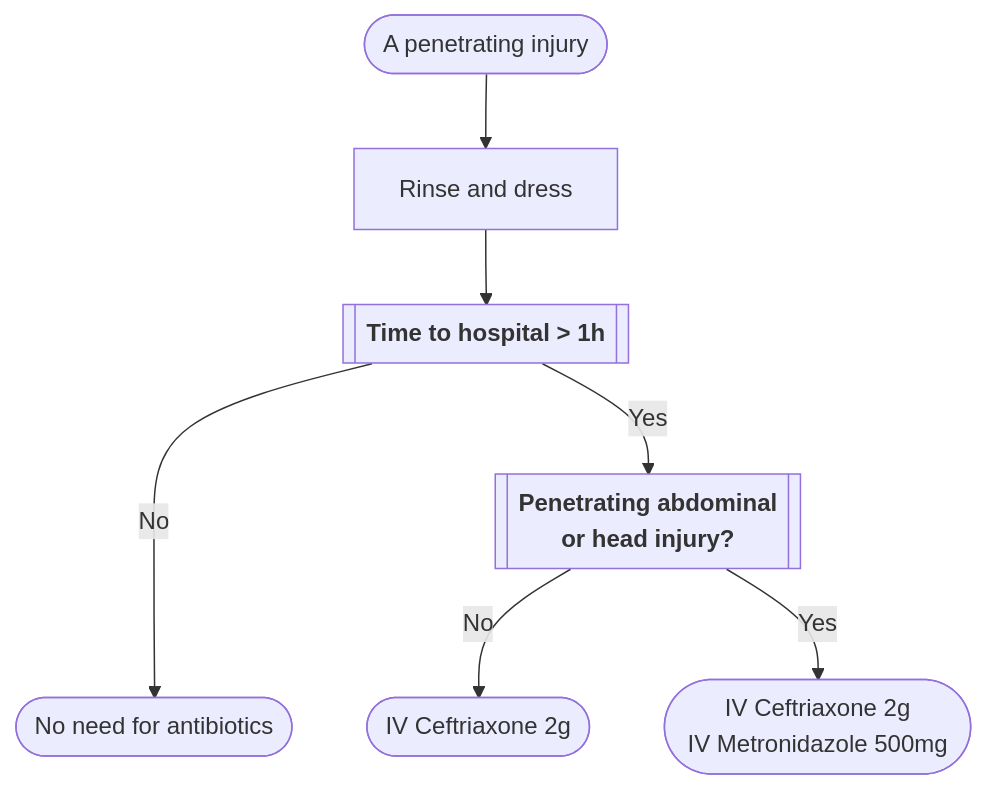
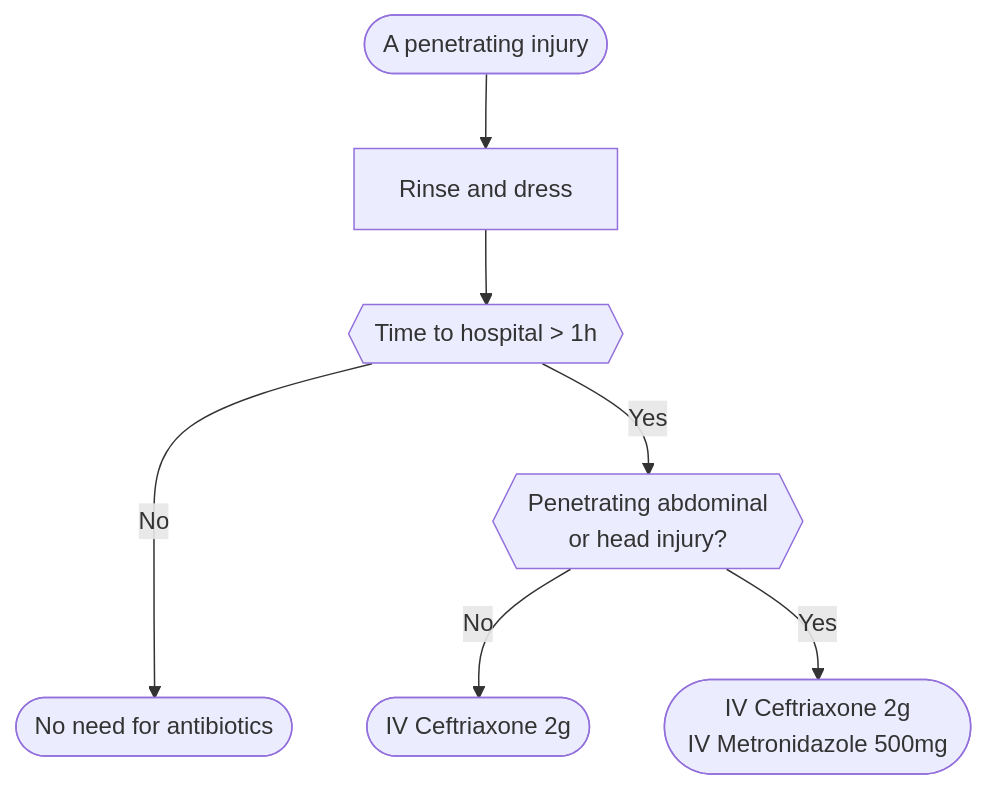
The diagram in antibiotics.qmd (avishaitsur/TCMB-Book), drawn with Mermaid before and after one commit. The commit also changed 2 other files, not shown here.

Commit message:
Hexagon diagrams

````diff
--- a/antibiotics.qmd
+++ b/antibiotics.qmd
@@ -13,11 +13,11 @@
 ```{mermaid}
 %%| fig-cap: "פרוטוקול מתן אנטיביוטיקה"
 %%{init: {'theme':'default'}}%%
 graph TD
     A([A penetrating injury]) --> B[Rinse and dress]
-    B --> C[[<b>Time to hospital > 1h</b>]]
+    B --> C{{Time to hospital > 1h}}
     C ---> |No|D([No need for antibiotics])
-    C --> |Yes|E[[<b>Penetrating abdominal<br/>or head injury?</b>]]
+    C --> |Yes|E{{Penetrating abdominal<br/>or head injury?}}
     E --> |No|F([IV Ceftriaxone 2g])
     E --> |Yes|G([IV Ceftriaxone 2g<br/>IV Metronidazole 500mg])
 ```
````
